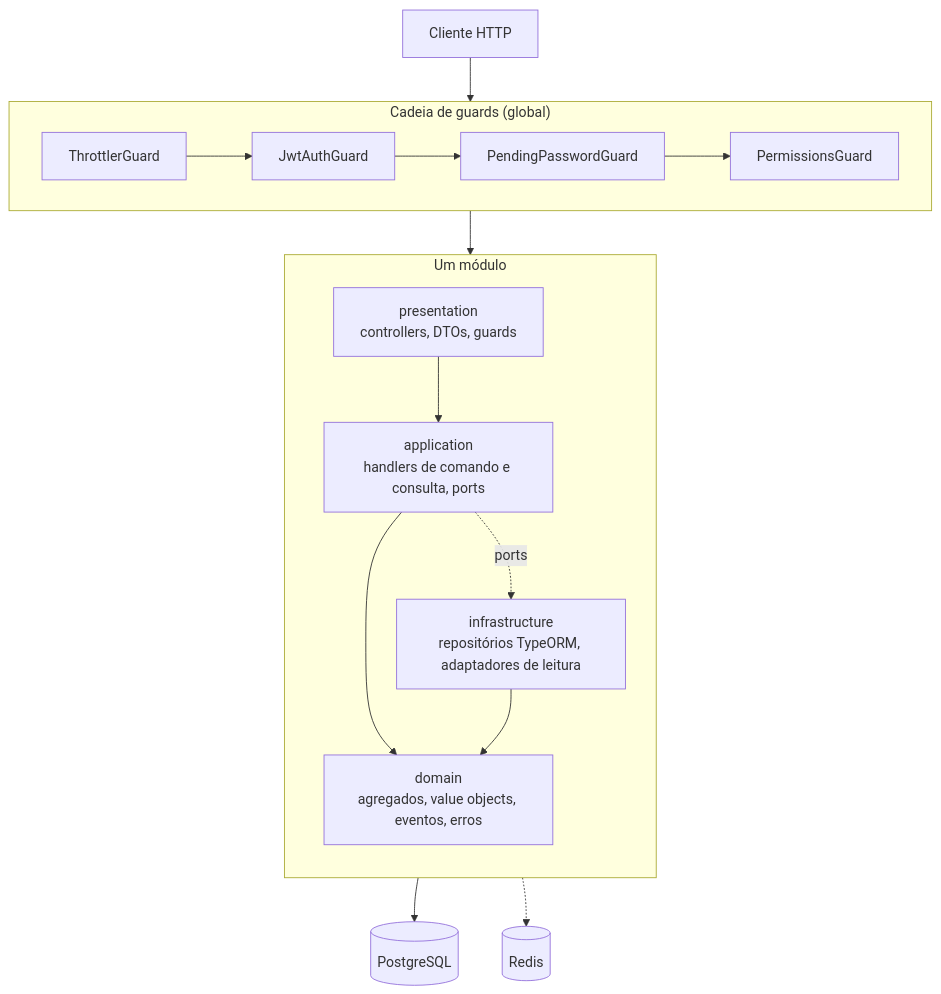
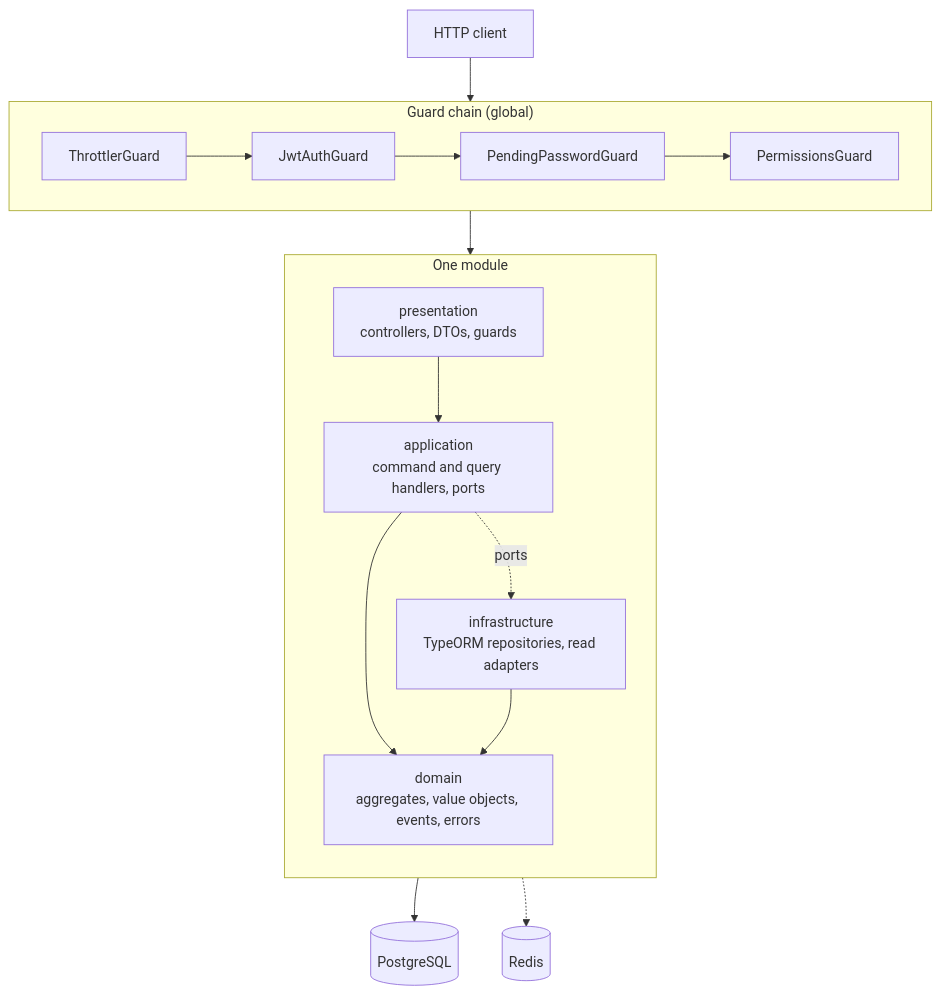
One commit to kewincosta/tech-challenge-fiap changed the second of 2 diagrams in README.md. Above: the diagram before and after it, drawn with Mermaid. The commit also changed other lines of this file and 20 other files, not shown here.

````diff
--- a/README.md
+++ b/README.md
@@ -158,22 +138,22 @@
 ```mermaid
 flowchart TB
-    Cliente[Cliente HTTP] --> Guards
-    subgraph Guards["Cadeia de guards (global)"]
+    Client[HTTP client] --> Guards
+    subgraph Guards["Guard chain (global)"]
         direction LR
         T[ThrottlerGuard] --> J[JwtAuthGuard] --> P[PendingPasswordGuard] --> A[PermissionsGuard]
     end
     Guards --> Presentation
-    subgraph Modulo["Um módulo"]
+    subgraph Module["One module"]
         direction TB
         Presentation["presentation<br/>controllers, DTOs, guards"]
-        Application["application<br/>handlers de comando e consulta, ports"]
-        Domain["domain<br/>agregados, value objects, eventos, erros"]
-        Infrastructure["infrastructure<br/>repositórios TypeORM, adaptadores de leitura"]
+        Application["application<br/>command and query handlers, ports"]
+        Domain["domain<br/>aggregates, value objects, events, errors"]
+        Infrastructure["infrastructure<br/>TypeORM repositories, read adapters"]
         Presentation --> Application
         Application --> Domain
         Application -.->|ports| Infrastructure
         Infrastructure --> Domain
     end
     Infrastructure --> PG[(PostgreSQL)]
     Application -.-> Redis[(Redis)]
 ```
````
